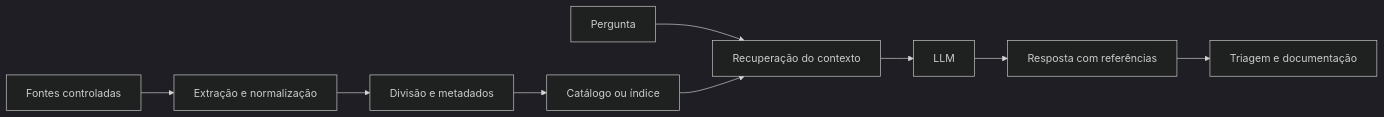
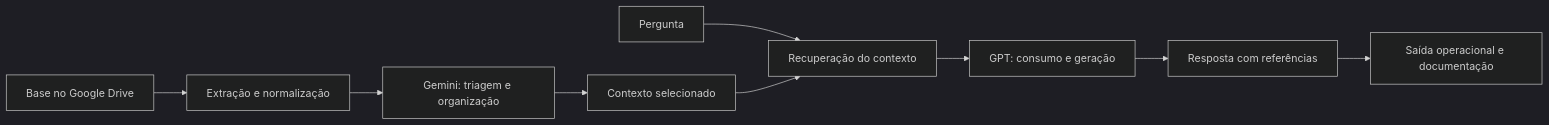
One commit to soteropolitano/mvp-automacao-llm changed the diagram in README.md. Above: the diagram before and after it, drawn with Mermaid (dark theme). The commit also changed other lines of this file, not shown here.

Commit message:
Documenta funções do Gemini e do GPT

````diff
--- a/README.md
+++ b/README.md
@@ -26,11 +28,11 @@
 ```mermaid
 flowchart LR
-    A[Fontes controladas] --> B[Extração e normalização]
-    B --> C[Divisão e metadados]
-    C --> D[Catálogo ou índice]
+    A[Base no Google Drive] --> B[Extração e normalização]
+    B --> C[Gemini: triagem e organização]
+    C --> D[Contexto selecionado]
     E[Pergunta] --> F[Recuperação do contexto]
     D --> F
-    F --> G[LLM]
+    F --> G[GPT: consumo e geração]
     G --> H[Resposta com referências]
-    H --> I[Triagem e documentação]
+    H --> I[Saída operacional e documentação]
 ```
````
